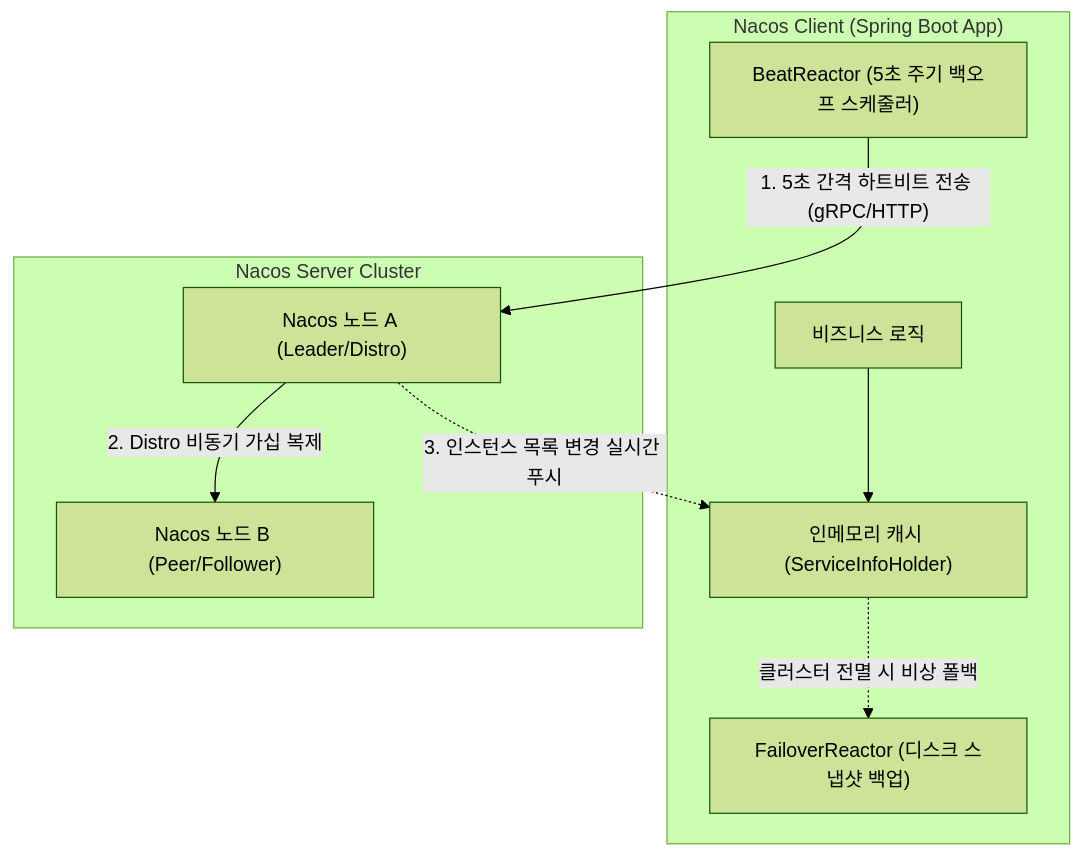
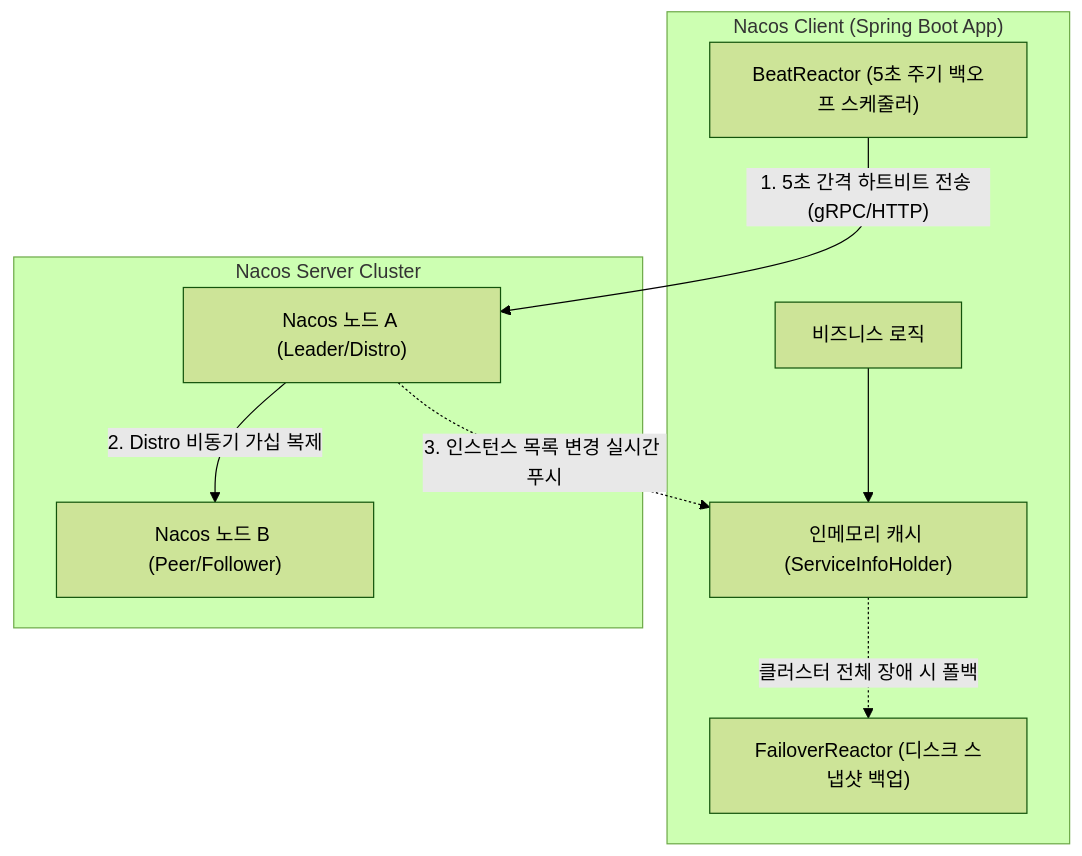
Before and after one commit to studylida/studylida.github.io: the third of 7 diagrams in src/content/posts/nacos-architecture-and-internals.md, drawn with Mermaid (forest theme). The commit also changed other lines of this file and 10 other files, not shown here.

````diff
--- a/src/content/posts/nacos-architecture-and-internals.md
+++ b/src/content/posts/nacos-architecture-and-internals.md
@@ -98,20 +98,20 @@
 ```mermaid
 flowchart TD
     subgraph Client ["Nacos Client (Spring Boot App)"]
         APP["비즈니스 로직"]
         CACHE["인메모리 캐시 (ServiceInfoHolder)"]
         BEAT["BeatReactor (5초 주기 백오프 스케줄러)"]
         FAILOVER["FailoverReactor (디스크 스냅샷 백업)"]
     end
 
     subgraph Cluster ["Nacos Server Cluster"]
         NODE_A["Nacos 노드 A (Leader/Distro)"]
         NODE_B["Nacos 노드 B (Peer/Follower)"]
     end
 
     BEAT -- "1. 5초 간격 하트비트 전송 (gRPC/HTTP)" --> NODE_A
     NODE_A -- "2. Distro 비동기 가십 복제" --> NODE_B
     NODE_A -. "3. 인스턴스 목록 변경 실시간 푸시" .-> CACHE
     APP --> CACHE
-    CACHE -. "클러스터 전멸 시 비상 폴백" .-> FAILOVER
+    CACHE -. "클러스터 전체 장애 시 폴백" .-> FAILOVER
 ```
````
